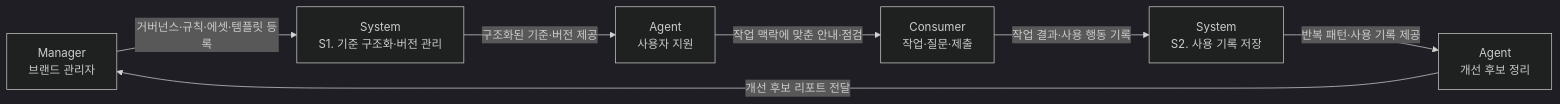
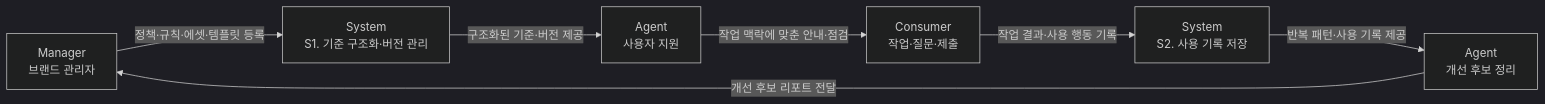
Before and after one commit to ewoooo/living-brand-system: the second of 2 diagrams in docs/01-product.md, drawn with Mermaid (dark theme). The commit also changed other lines of this file and 7 other files, not shown here.

````diff
--- a/docs/01-product.md
+++ b/docs/01-product.md
@@ -93,16 +93,16 @@
 ```mermaid
 flowchart LR
   M["Manager<br/>브랜드 관리자"]
   S1["System<br/>S1. 기준 구조화·버전 관리"]
   A1["Agent<br/>사용자 지원"]
   C["Consumer<br/>작업·질문·제출"]
   S2["System<br/>S2. 사용 기록 저장"]
   A2["Agent<br/>개선 후보 정리"]
 
-  M -->|"거버넌스·규칙·에셋·템플릿 등록"| S1
+  M -->|"정책·규칙·에셋·템플릿 등록"| S1
   S1 -->|"구조화된 기준·버전 제공"| A1
   A1 -->|"작업 맥락에 맞춘 안내·점검"| C
   C -->|"작업 결과·사용 행동 기록"| S2
   S2 -->|"반복 패턴·사용 기록 제공"| A2
   A2 -->|"개선 후보 리포트 전달"| M
 ```
````
